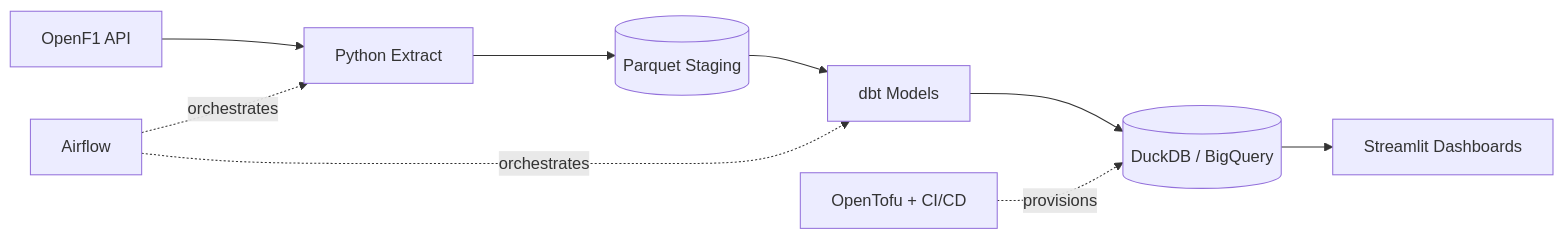
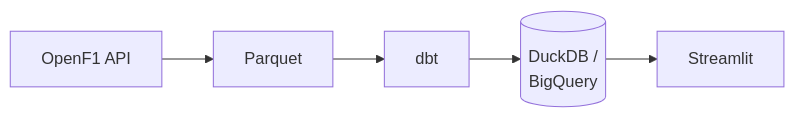
One commit to Caleb-Muinde83/Caleb-Muinde83 changed the second of 2 diagrams in README.md. Above: the diagram before and after it, drawn with Mermaid. The commit also changed other lines of this file, not shown here.

````diff
--- a/README.md
+++ b/README.md
@@ -187,11 +90,7 @@
 ```mermaid
 flowchart LR
-    A[OpenF1 API] --> B[Python Extract]
-    B --> C[(Parquet Staging)]
-    C --> D[dbt Models]
-    D --> E[(DuckDB / BigQuery)]
-    E --> F[Streamlit Dashboards]
-    G[Airflow] -.orchestrates.-> B
-    G -.orchestrates.-> D
-    H[OpenTofu + CI/CD] -.provisions.-> E
+    A[OpenF1 API] --> B[Parquet]
+    B --> C[dbt]
+    C --> D[(DuckDB /<br/>BigQuery)]
+    D --> E[Streamlit]
 ```
````
